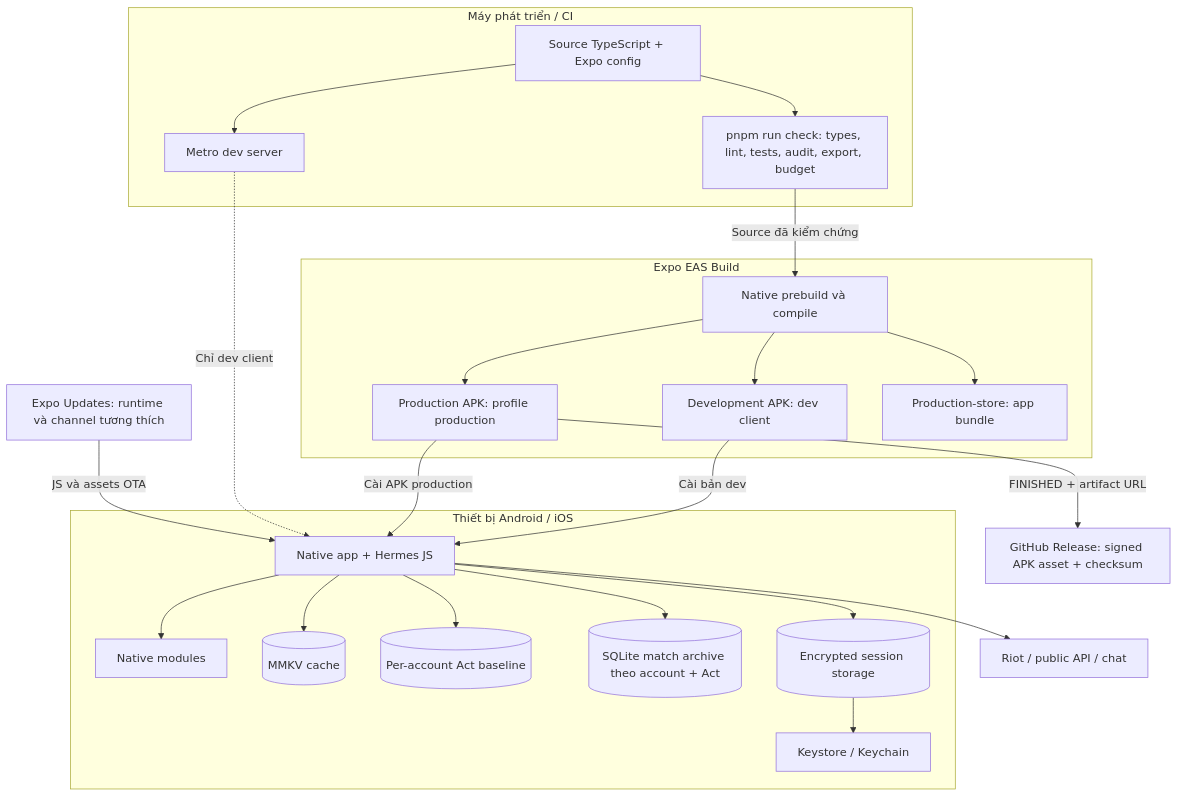
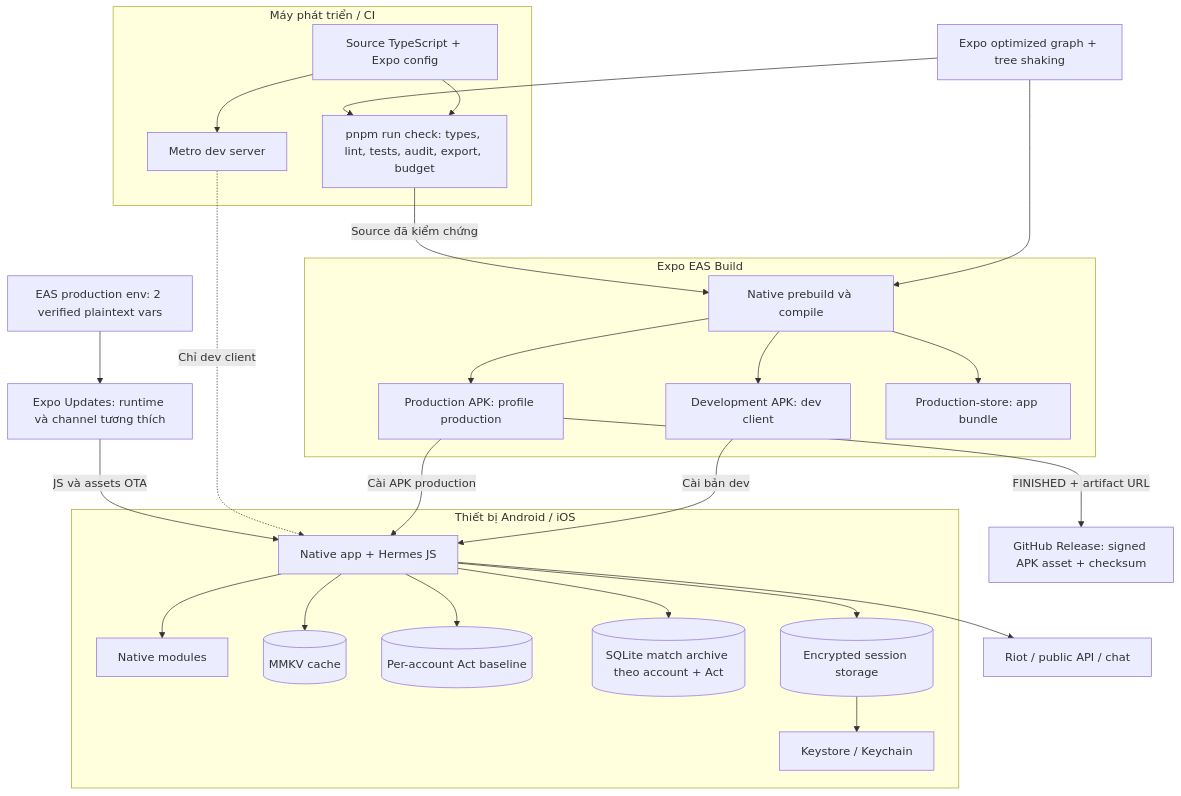
Before and after one commit to GinzaTech/Vshop: the diagram in markdown/13-deployment.md, drawn with Mermaid. The commit also changed other lines of this file and 21 other files, not shown here.

````diff
--- a/markdown/13-deployment.md
+++ b/markdown/13-deployment.md
@@ -6,42 +6,47 @@
 ```mermaid
 flowchart TB
     subgraph Development[Máy phát triển / CI]
         Src[Source TypeScript + Expo config]
         Check[pnpm run check: types, lint, tests, audit, export, budget]
         Metro[Metro dev server]
         Src --> Check
         Src --> Metro
     end
+    Optimizer[Expo optimized graph + tree shaking]
+    EASProdEnv[EAS production env: 2 verified plaintext vars]
     subgraph Build[Expo EAS Build]
         Native[Native prebuild và compile]
         Dev[Development APK: dev client]
         Prod[Production APK: profile production]
         AAB[Production-store: app bundle]
         Native --> Dev
         Native --> Prod
         Native --> AAB
     end
     Release[GitHub Release: signed APK asset + checksum]
+    Optimizer --> Check
+    Optimizer --> Native
     Check -->|Source đã kiểm chứng| Native
     subgraph Runtime[Thiết bị Android / iOS]
         App[Native app + Hermes JS]
         Modules[Native modules]
         Cache[(MMKV cache)]
         Baseline[(Per-account Act baseline)]
         Archive[(SQLite match archive theo account + Act)]
         Secure[(Encrypted session storage)]
         Keys[Keystore / Keychain]
         App --> Modules
         App --> Cache
         App --> Baseline
         App --> Archive
         App --> Secure
         Secure --> Keys
     end
     Dev -->|Cài bản dev| App
     Prod -->|Cài APK production| App
     Prod -->|FINISHED + artifact URL| Release
     Metro -. Chỉ dev client .-> App
     App --> Riot[Riot / public API / chat]
-    Updates[Expo Updates: runtime và channel tương thích] -->|JS và assets OTA| App
+    EASProdEnv --> Updates[Expo Updates: runtime và channel tương thích]
+    Updates -->|JS và assets OTA| App
 ```
````
